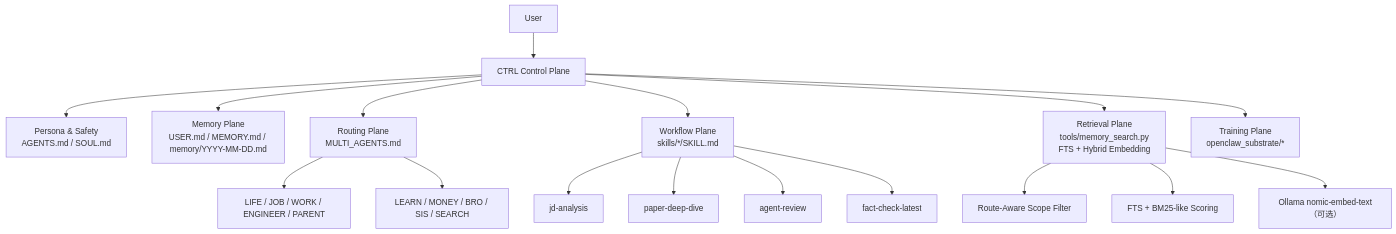
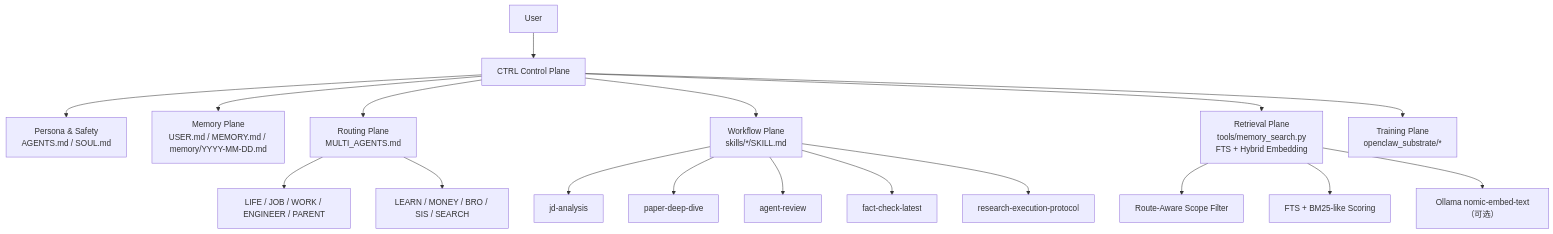
One commit to jinglong92/longClaw changed the first of 2 diagrams in README.md. Above: the diagram before and after it, drawn with Mermaid. The commit also changed other lines of this file and 1 other file, not shown here.

Commit message:
feat: add research execution protocol skill and README integration

````diff
--- a/README.md
+++ b/README.md
@@ -256,23 +257,24 @@
 ```mermaid
 flowchart TD
     U["User"] --> C["CTRL Control Plane"]
 
     C --> P["Persona & Safety\nAGENTS.md / SOUL.md"]
     C --> M["Memory Plane\nUSER.md / MEMORY.md / memory/YYYY-MM-DD.md"]
     C --> R["Routing Plane\nMULTI_AGENTS.md"]
     C --> W["Workflow Plane\nskills/*/SKILL.md"]
     C --> RET["Retrieval Plane\ntools/memory_search.py\nFTS + Hybrid Embedding"]
     C --> T["Training Plane\nopenclaw_substrate/*"]
 
     R --> S1["LIFE / JOB / WORK / ENGINEER / PARENT"]
     R --> S2["LEARN / MONEY / BRO / SIS / SEARCH"]
 
     W --> K1["jd-analysis"]
     W --> K2["paper-deep-dive"]
     W --> K3["agent-review"]
     W --> K4["fact-check-latest"]
+    W --> K5["research-execution-protocol"]
 
     RET --> RE1["Route-Aware Scope Filter"]
     RET --> RE2["FTS + BM25-like Scoring"]
     RET --> RE3["Ollama nomic-embed-text（可选）"]
 ```
````
